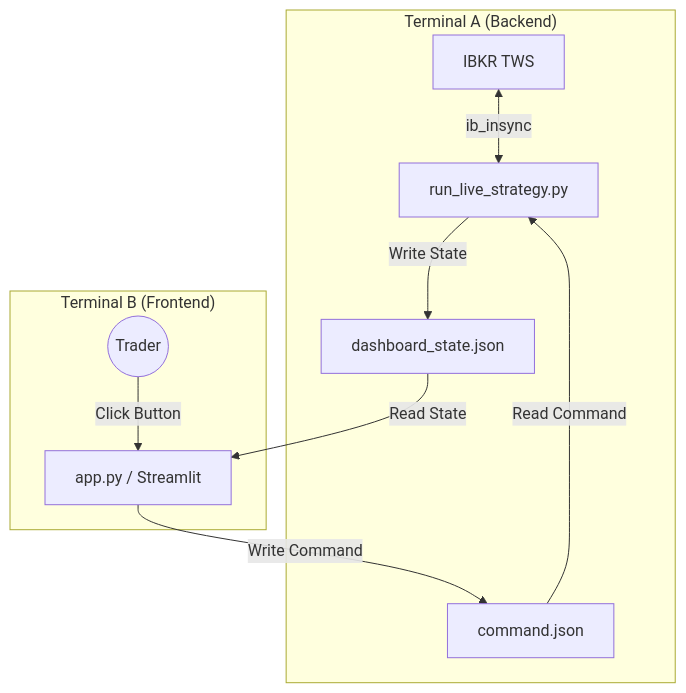
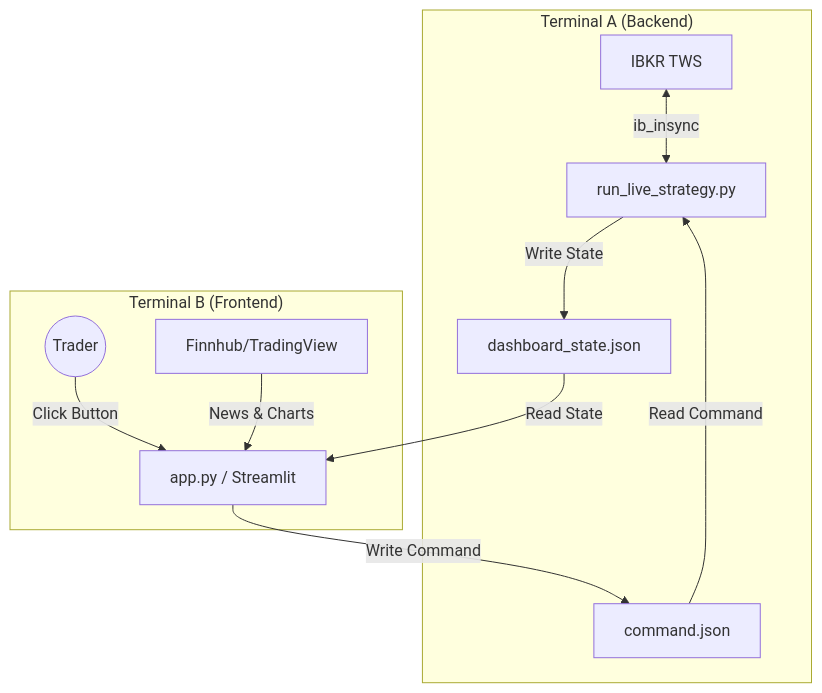
One commit to ericwang0321/Multi-Factor-Backtester changed the fourth of 4 diagrams in README.md. Above: the diagram before and after it, drawn with Mermaid. The commit also changed other lines of this file, not shown here.

````diff
--- a/README.md
+++ b/README.md
@@ -246,15 +261,16 @@
 ```mermaid
 graph TD
     subgraph "Terminal A (Backend)"
         TWS[IBKR TWS] <-->|ib_insync| Worker[run_live_strategy.py]
         Worker -->|Write State| JSON[dashboard_state.json]
         CMD[command.json] -->|Read Command| Worker
     end
 
     subgraph "Terminal B (Frontend)"
         JSON -->|Read State| App[app.py / Streamlit]
         User((Trader)) -->|Click Button| App
         App -->|Write Command| CMD
+        External[Finnhub/TradingView] -->|News & Charts| App
     end
 
 ```
````
